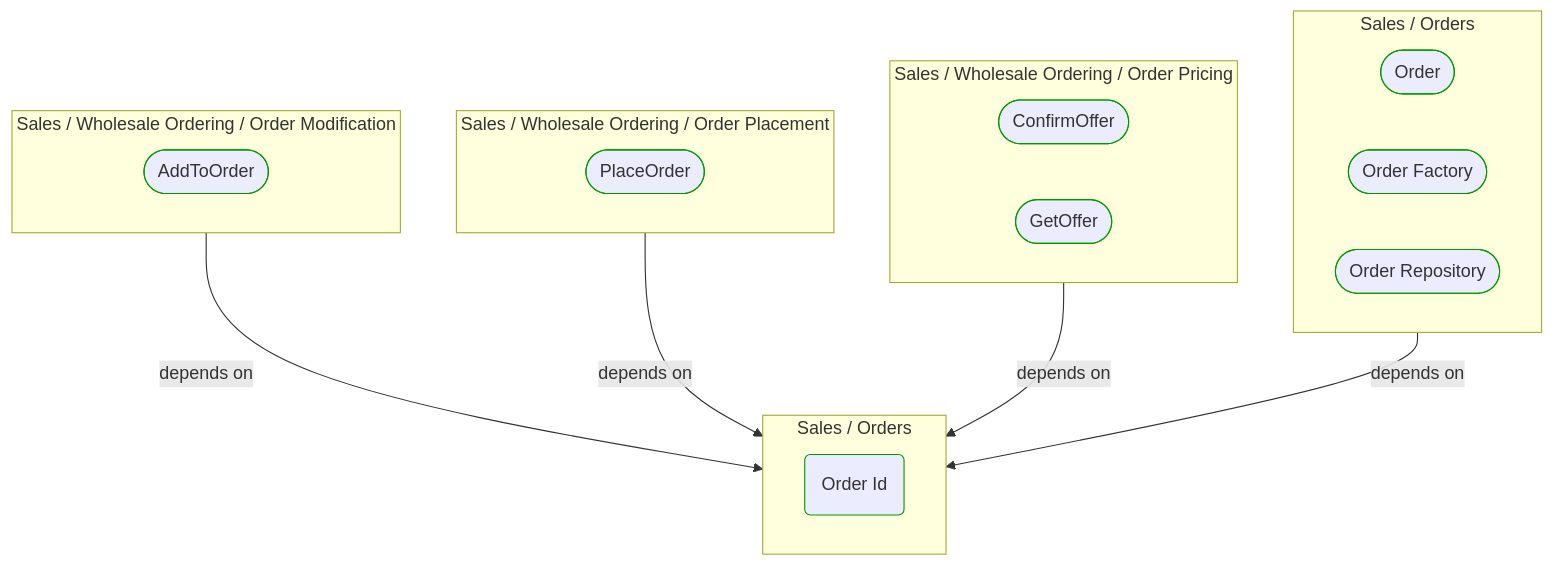
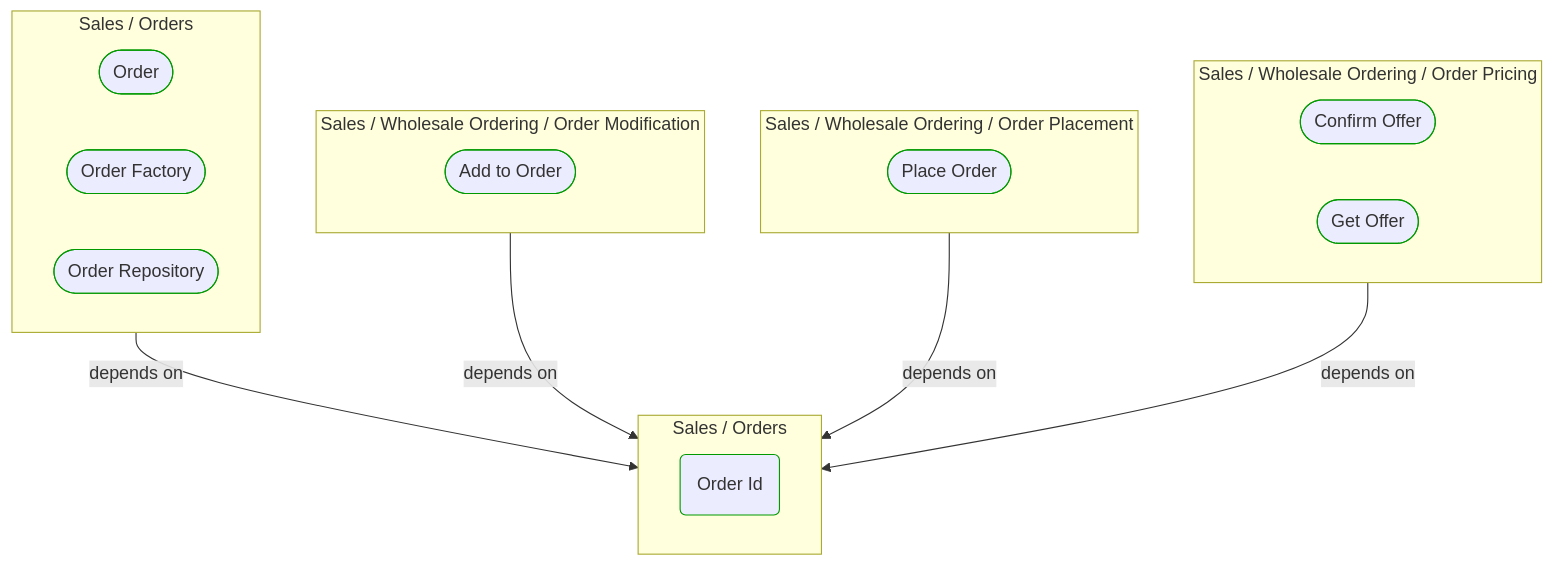
One commit to itlibrium/DDD-starter-dotnet changed the first of 2 diagrams in Docs/P3/MermaidOutput/Domain/Concepts/Sales/Orders/OrderId.md. Above: the diagram before and after it, drawn with Mermaid. The commit also changed other lines of this file and 51 other files, not shown here.

````diff
--- a/Docs/P3/MermaidOutput/Domain/Concepts/Sales/Orders/OrderId.md
+++ b/Docs/P3/MermaidOutput/Domain/Concepts/Sales/Orders/OrderId.md
@@ -20,36 +20,36 @@
 ```mermaid
   flowchart TB
-    subgraph 0["Sales / Wholesale Ordering / Order Modification"]
-      1([AddToOrder])
+    subgraph 0["Sales / Orders"]
+      1([Order])
       class 1 DomainPerspective
-    end
-    subgraph 2["Sales / Wholesale Ordering / Order Placement"]
-      3([PlaceOrder])
+      2([Order Factory])
+      class 2 DomainPerspective
+      3([Order Repository])
       class 3 DomainPerspective
     end
-    subgraph 4["Sales / Wholesale Ordering / Order Pricing"]
-      5([ConfirmOffer])
+    subgraph 4["Sales / Wholesale Ordering / Order Modification"]
+      5([Add to Order])
       class 5 DomainPerspective
-      6([GetOffer])
-      class 6 DomainPerspective
     end
-    subgraph 7["Sales / Orders"]
-      8([Order])
-      class 8 DomainPerspective
-      9([Order Factory])
+    subgraph 6["Sales / Wholesale Ordering / Order Placement"]
+      7([Place Order])
+      class 7 DomainPerspective
+    end
+    subgraph 8["Sales / Wholesale Ordering / Order Pricing"]
+      9([Confirm Offer])
       class 9 DomainPerspective
-      10([Order Repository])
+      10([Get Offer])
       class 10 DomainPerspective
     end
     subgraph 11["Sales / Orders"]
       12(Order Id)
       class 12 DomainPerspective
     end
     0-->|depends on|11
-    2-->|depends on|11
     4-->|depends on|11
-    7-->|depends on|11
+    6-->|depends on|11
+    8-->|depends on|11
     classDef DomainPerspective stroke:#009900
     classDef TechnologyPerspective stroke:#1F41EB
     classDef PeoplePerspective stroke:#FFF014
 ```
````
